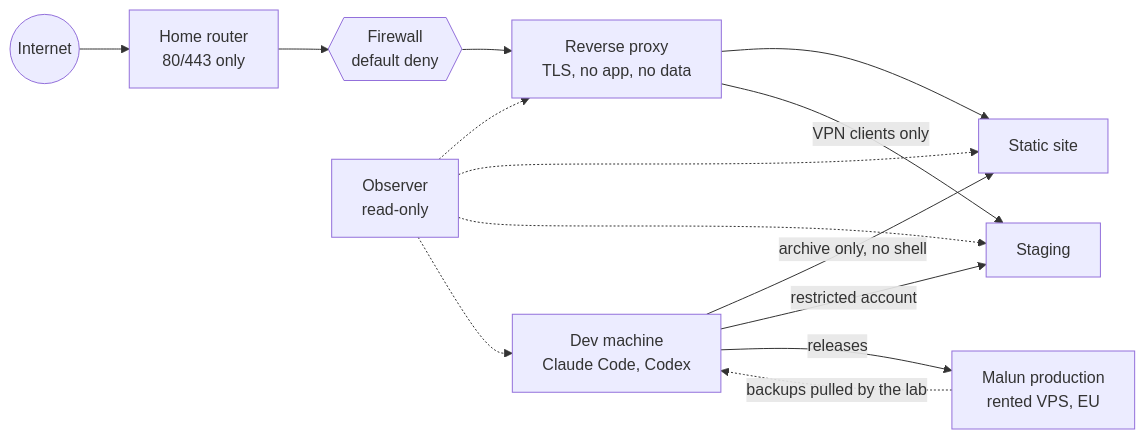
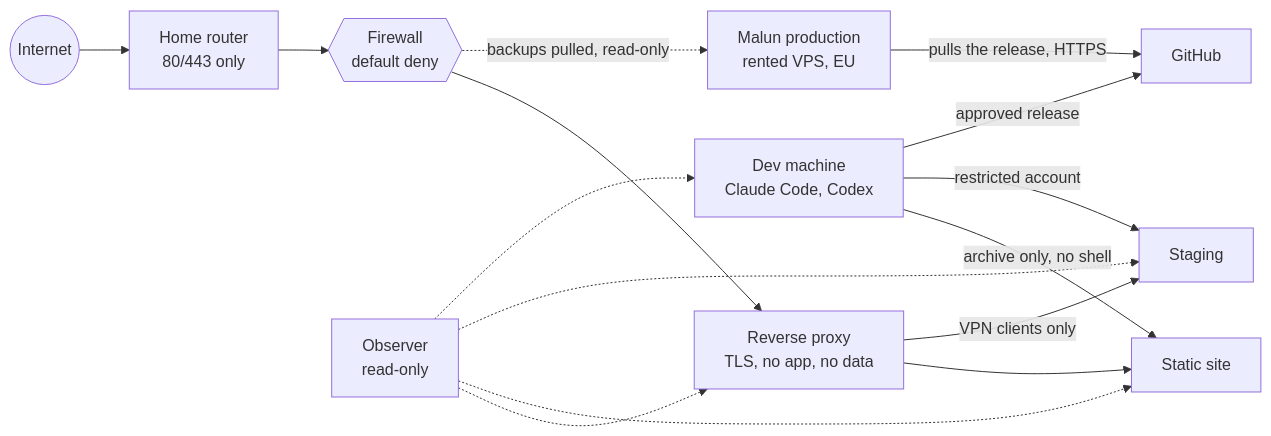
One commit to Antoine-DOT/atl-lab changed the diagram in README.md. Above: the diagram before and after it, drawn with Mermaid. The commit also changed 1 other file, not shown here.

Commit message:
Fix pull-model wording

````diff
--- a/README.md
+++ b/README.md
@@ -17,13 +17,14 @@
 ```mermaid
 flowchart LR
     internet((Internet)) --> router[Home router<br/>80/443 only]
     router --> fw{{Firewall<br/>default deny}}
     fw --> proxy[Reverse proxy<br/>TLS, no app, no data]
     proxy --> site[Static site]
     proxy -->|VPN clients only| preview[Staging]
     dev[Dev machine<br/>Claude Code, Codex] -->|archive only, no shell| site
     dev -->|restricted account| preview
-    dev -->|releases| vps[Malun production<br/>rented VPS, EU]
-    vps -.->|backups pulled by the lab| dev
+    dev -->|approved release| gh[GitHub]
+    vps[Malun production<br/>rented VPS, EU] -->|pulls the release, HTTPS| gh
+    fw -.->|backups pulled, read-only| vps
     observer[Observer<br/>read-only] -.-> proxy & site & preview & dev
 ```
````
